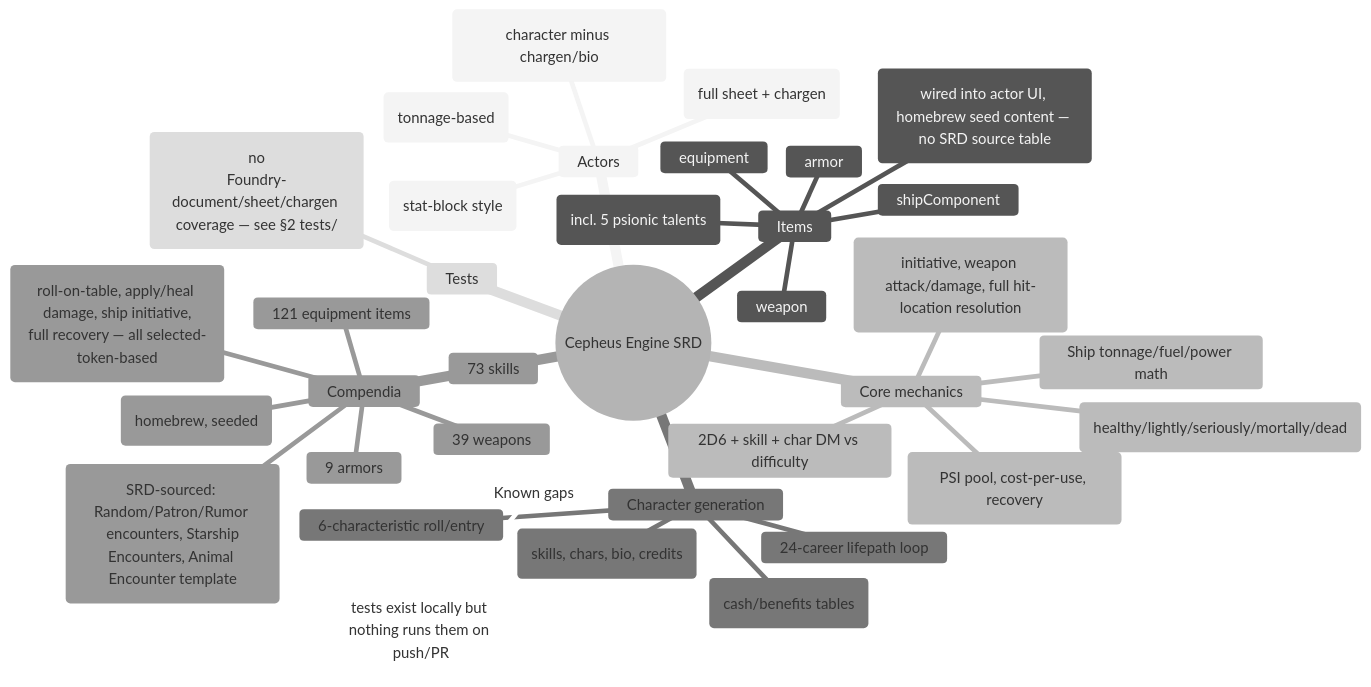
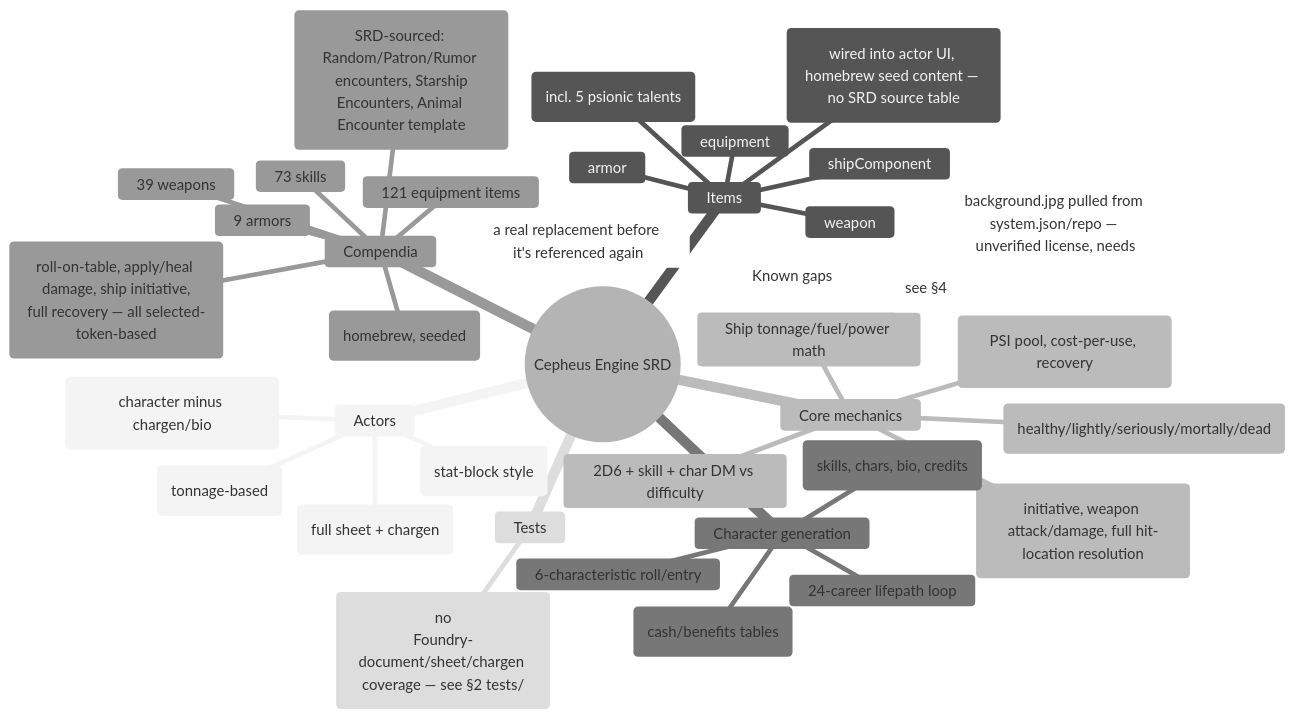
One commit to JoshuaErney/cepheus-engine changed the diagram in PROJECT_STATUS.md. Above: the diagram before and after it, drawn with Mermaid (neutral theme). The commit also changed other lines of this file and 8 other files, not shown here.

````diff
--- a/PROJECT_STATUS.md
+++ b/PROJECT_STATUS.md
@@ -21,42 +31,44 @@
 ```mermaid
 mindmap
   root((Cepheus Engine SRD))
     Actors
       character (full sheet + chargen)
       npc (character minus chargen/bio)
       creature (stat-block style)
       ship (tonnage-based)
     Items
       skill (incl. 5 psionic talents)
       weapon
       armor
       equipment
       augment (wired into actor UI, homebrew seed content — no SRD source table)
       shipComponent
     Core mechanics
       2D6 + skill + char DM vs difficulty
       Wound states (healthy/lightly/seriously/mortally/dead)
       Psionics (PSI pool, cost-per-use, recovery)
       Ship tonnage/fuel/power math
       Space combat (initiative, weapon attack/damage, full hit-location resolution)
     Character generation
       6-characteristic roll/entry
       24-career lifepath loop
       Muster-out (cash/benefits tables)
       Apply-to-actor (skills, chars, bio, credits)
     Compendia
       73 skills
       39 weapons
       9 armors
       121 equipment items
       12 augments (homebrew, seeded)
       5 GM rollable tables (SRD-sourced: Random/Patron/Rumor encounters, Starship
         Encounters, Animal Encounter template)
       5 ready-to-use macros (roll-on-table, apply/heal damage, ship initiative,
         full recovery — all selected-token-based)
     Tests
       bun test — 86 tests, pure-logic modules + data/localization only (no
       Foundry-document/sheet/chargen coverage — see §2 tests/)
     Known gaps
-      No CI (tests exist locally but nothing runs them on push/PR)
+      Not yet exercised in a live Foundry session (see §4)
+      background.jpg pulled from system.json/repo — unverified license, needs
+      a real replacement before it's referenced again
 ```
````
